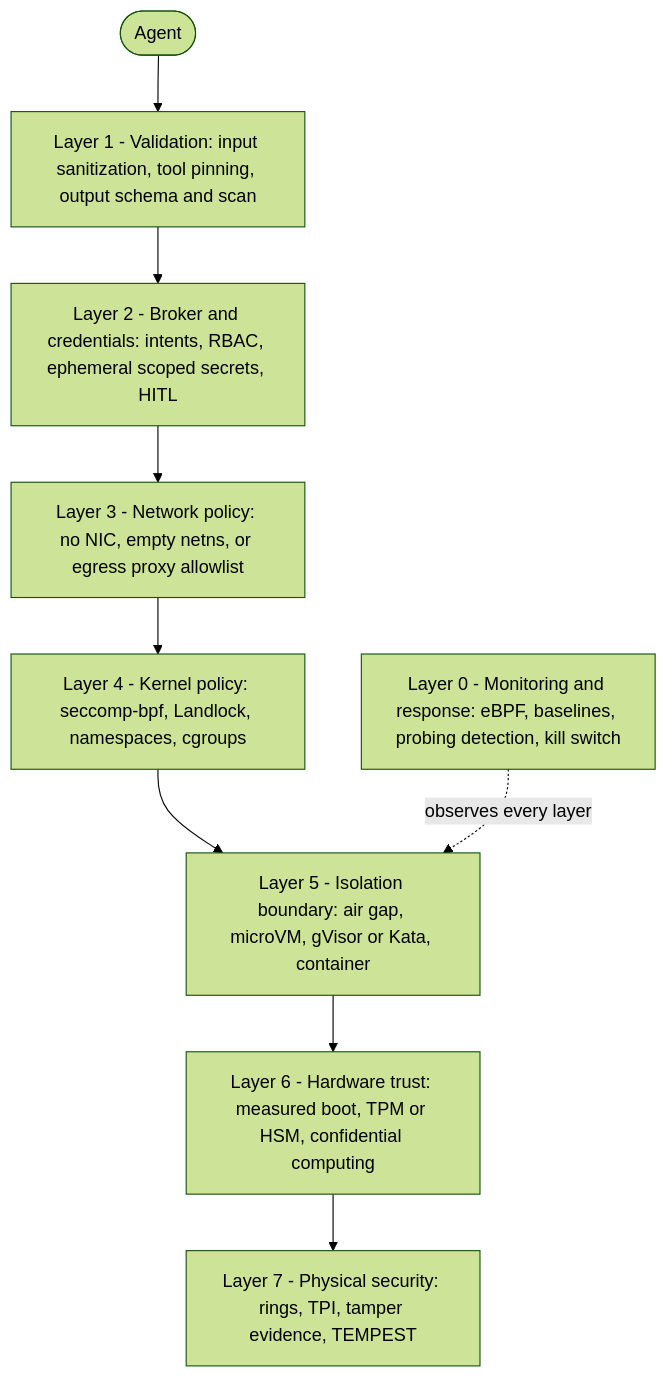
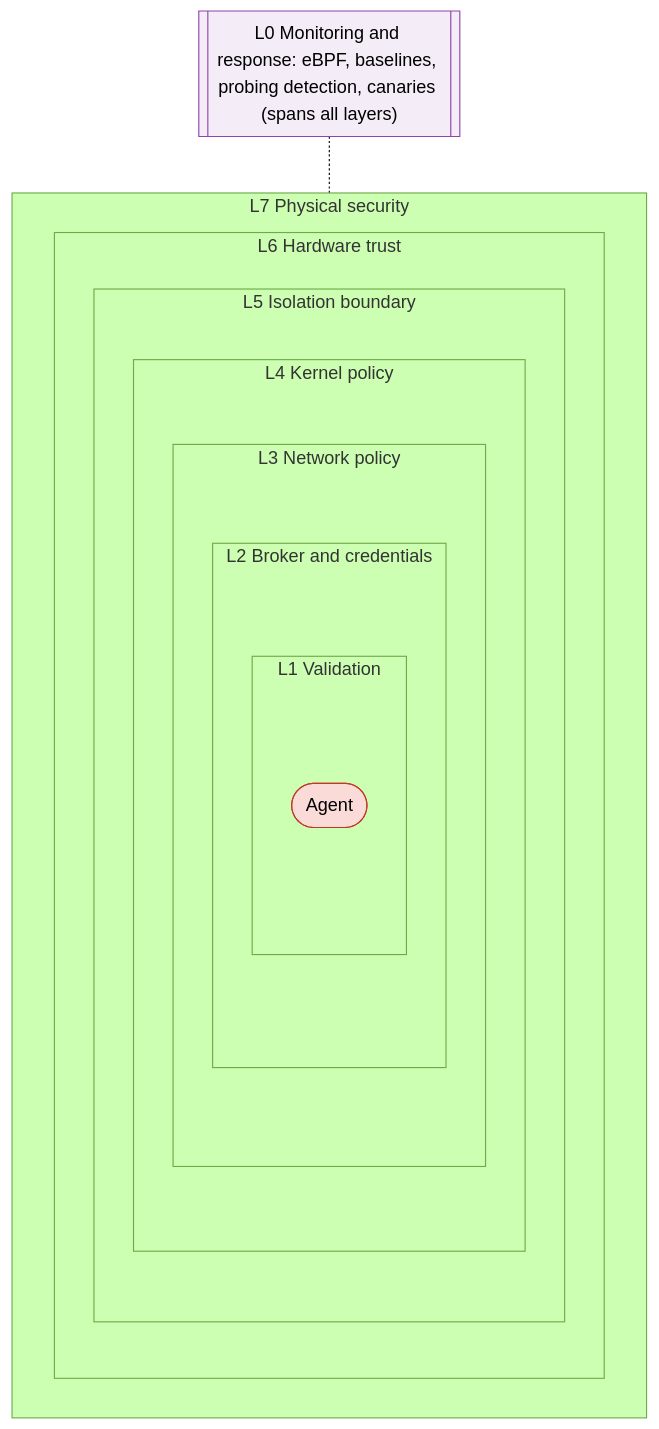
Before and after one commit to AndrewAltimit/template-repo: the third of 13 diagrams in docs/hardware/ai-agent-containment-infrastructure-security-framework.md, drawn with Mermaid (forest theme). The commit also changed other lines of this file and 118 other files, not shown here.

````diff
--- a/docs/hardware/ai-agent-containment-infrastructure-security-framework.md
+++ b/docs/hardware/ai-agent-containment-infrastructure-security-framework.md
@@ -250,14 +281,22 @@
 ```mermaid
 flowchart TB
-    L0["Layer 7 - Physical security: rings, TPI, tamper evidence, TEMPEST"]
-    L1["Layer 6 - Hardware trust: measured boot, TPM or HSM, confidential computing"]
-    L2["Layer 5 - Isolation boundary: air gap, microVM, gVisor or Kata, container"]
-    L3["Layer 4 - Kernel policy: seccomp-bpf, Landlock, namespaces, cgroups"]
-    L4["Layer 3 - Network policy: no NIC, empty netns, or egress proxy allowlist"]
-    L5["Layer 2 - Broker and credentials: intents, RBAC, ephemeral scoped secrets, HITL"]
-    L6["Layer 1 - Validation: input sanitization, tool pinning, output schema and scan"]
-    L7["Layer 0 - Monitoring and response: eBPF, baselines, probing detection, kill switch"]
-    AG(["Agent"])
-    AG --> L6 --> L5 --> L4 --> L3 --> L2 --> L1 --> L0
-    L7 -.->|"observes every layer"| L2
+    subgraph L7["L7 Physical security"]
+      subgraph L6["L6 Hardware trust"]
+        subgraph L5["L5 Isolation boundary"]
+          subgraph L4["L4 Kernel policy"]
+            subgraph L3["L3 Network policy"]
+              subgraph L2["L2 Broker and credentials"]
+                subgraph L1["L1 Validation"]
+                  AG(["Agent"])
+                end
+              end
+            end
+          end
+        end
+      end
+    end
+    MON[["L0 Monitoring and response: eBPF, baselines, probing detection, canaries (spans all layers)"]]
+    MON -.- L7
+    style AG fill:#FADBD8,stroke:#C0392B
+    style MON fill:#F4ECF7,stroke:#8E44AD
 ```
````
